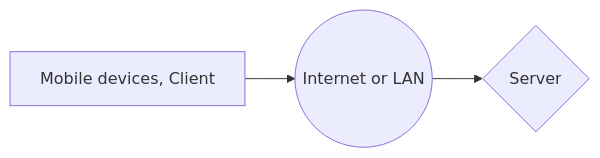
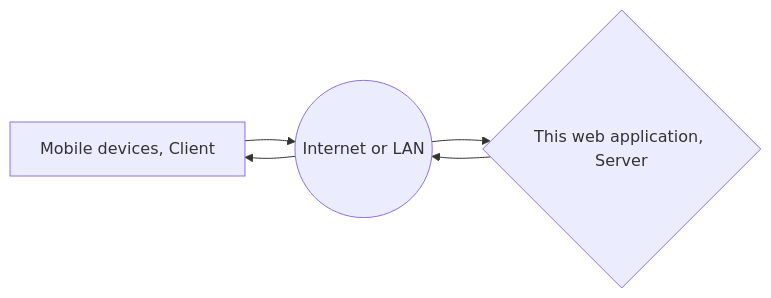
The first of 3 diagrams in Welcome file.md (LooDaHu/Remote-File-Explorer), drawn with Mermaid before and after one commit. The commit also changed other lines of this file, not shown here.

````diff
--- a/Welcome file.md
+++ b/Welcome file.md
@@ -8,5 +7,7 @@
 ```mermaid
 graph LR
 A[Mobile devices, Client] --> B((Internet or LAN))
-B --> D{Server}
+B --> D{This web application, Server}
+D --> B
+B --> A
 ```
````
